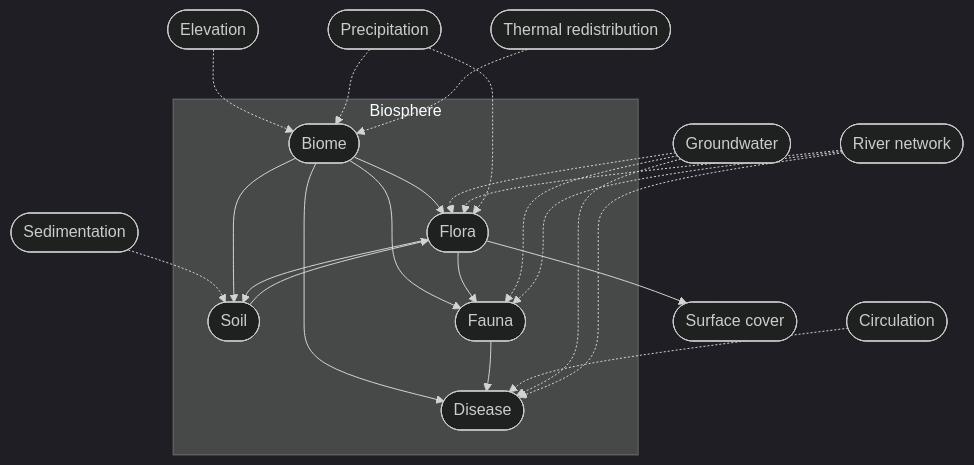
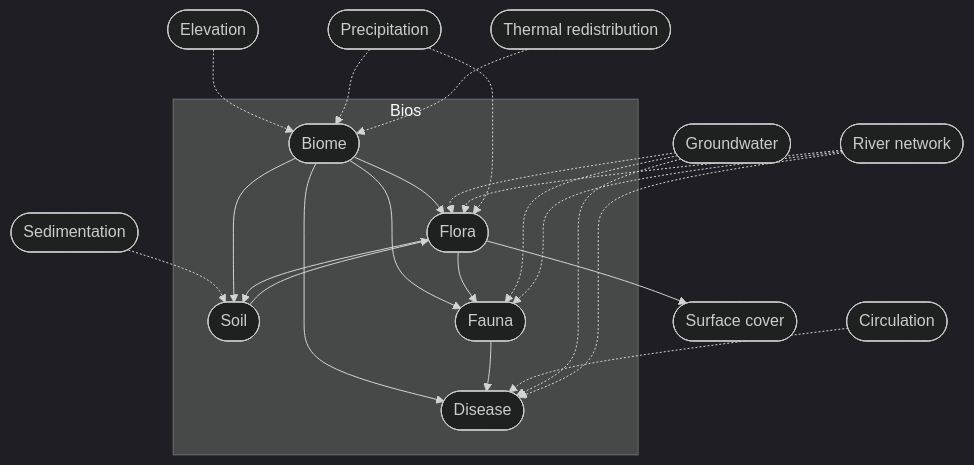
Before and after one commit to lagardej/mimameithr: the seventh of 8 diagrams in docs/concerns.adoc, drawn with Mermaid (dark theme). The commit also changed other lines of this file and 136 other files, not shown here.

```diff
--- a/docs/concerns.adoc
+++ b/docs/concerns.adoc
@@ -357,42 +357,42 @@
 [mermaid]
 ....
 flowchart TB
-    subgraph Biosphere
+    subgraph Bios
         Biome([Biome])
         Flora([Flora])
         Soil([Soil])
         Fauna([Fauna])
         Disease([Disease])
     end
 
     Sedimentation([Sedimentation])
     Elevation([Elevation])
     Precipitation([Precipitation])
     ThermalRedistribution([Thermal redistribution])
     Groundwater([Groundwater])
     RiverNetwork([River network])
     Circulation([Circulation])
     SurfaceCover([Surface cover])
 
     Sedimentation -.-> Soil
     Elevation -.-> Biome
     Precipitation -.-> Biome
     ThermalRedistribution -.-> Biome
     Biome --> Flora
     Biome --> Fauna
     Biome --> Soil
     Biome --> Disease
     Soil --> Flora
     Flora --> Soil
     Flora --> Fauna
     Flora --> SurfaceCover
     Groundwater -.-> Flora
     RiverNetwork -.-> Flora
     Precipitation -.-> Flora
     Groundwater -.-> Fauna
     RiverNetwork -.-> Fauna
     Fauna --> Disease
     Circulation -.-> Disease
     Groundwater -.-> Disease
     RiverNetwork -.-> Disease
 ....
```
